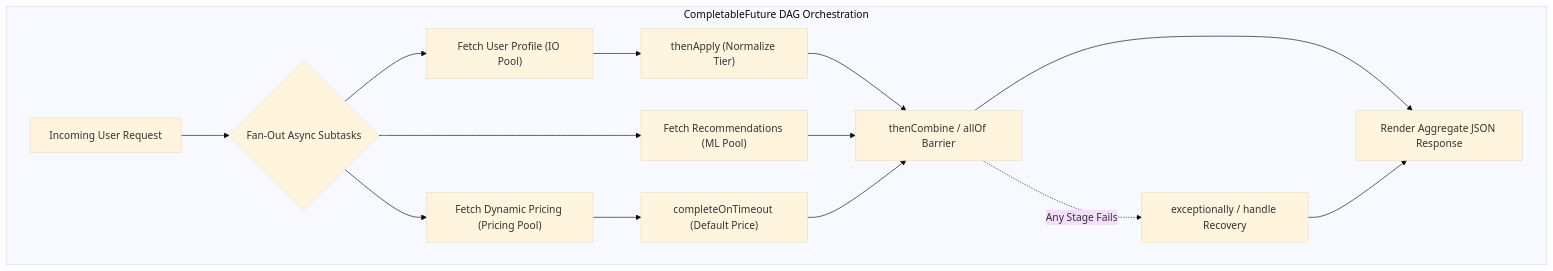
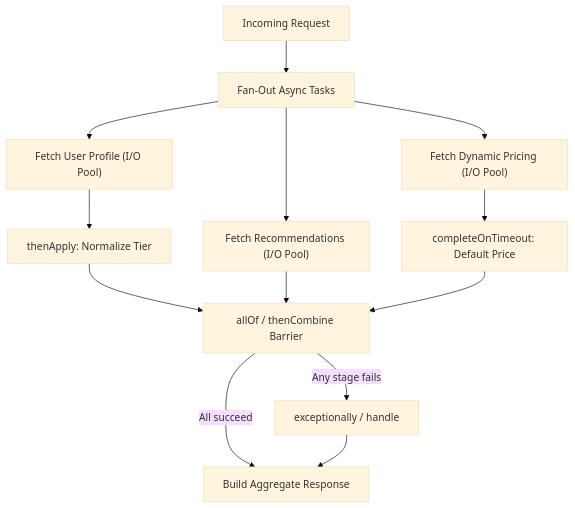
Before and after one commit to ravishankar2463/java_hub: the first of 3 diagrams in content/roadmap/level-5/asynchronous-programming.md, drawn with Mermaid (base theme). The commit also changed other lines of this file and 119 other files, not shown here.

Commit message:
feat: add comprehensive java learning roadmap content across multiple levels

````diff
--- a/content/roadmap/level-5/asynchronous-programming.md
+++ b/content/roadmap/level-5/asynchronous-programming.md
@@ -20,19 +42,19 @@
 ```mermaid
 flowchart TD
-    subgraph "CompletableFuture DAG Orchestration"
-        Req["Incoming User Request"] --> FanOut{"Fan-Out Async Subtasks"}
-        
-        FanOut --> S1["Fetch User Profile (IO Pool)"]
-        FanOut --> S2["Fetch Recommendations (ML Pool)"]
-        FanOut --> S3["Fetch Dynamic Pricing (Pricing Pool)"]
-        
-        S1 --> S1T["thenApply (Normalize Tier)"]
-        S3 --> S3F["completeOnTimeout (Default Price)"]
-        
-        S1T & S2 & S3F --> Combine["thenCombine / allOf Barrier"]
-        
-        Combine --> Final["Render Aggregate JSON Response"]
-        Combine -.->|Any Stage Fails| Fallback["exceptionally / handle Recovery"]
-        Fallback --> Final
-    end
+    req["Incoming Request"] --> fanOut["Fan-Out Async Tasks"]
+
+    fanOut --> s1["Fetch User Profile (I/O Pool)"]
+    fanOut --> s2["Fetch Recommendations (I/O Pool)"]
+    fanOut --> s3["Fetch Dynamic Pricing (I/O Pool)"]
+
+    s1 --> s1t["thenApply: Normalize Tier"]
+    s3 --> s3t["completeOnTimeout: Default Price"]
+
+    s1t --> combine["allOf / thenCombine Barrier"]
+    s2 --> combine
+    s3t --> combine
+
+    combine -->|"All succeed"| response["Build Aggregate Response"]
+    combine -->|"Any stage fails"| recover["exceptionally / handle"]
+    recover --> response
 ```
````
